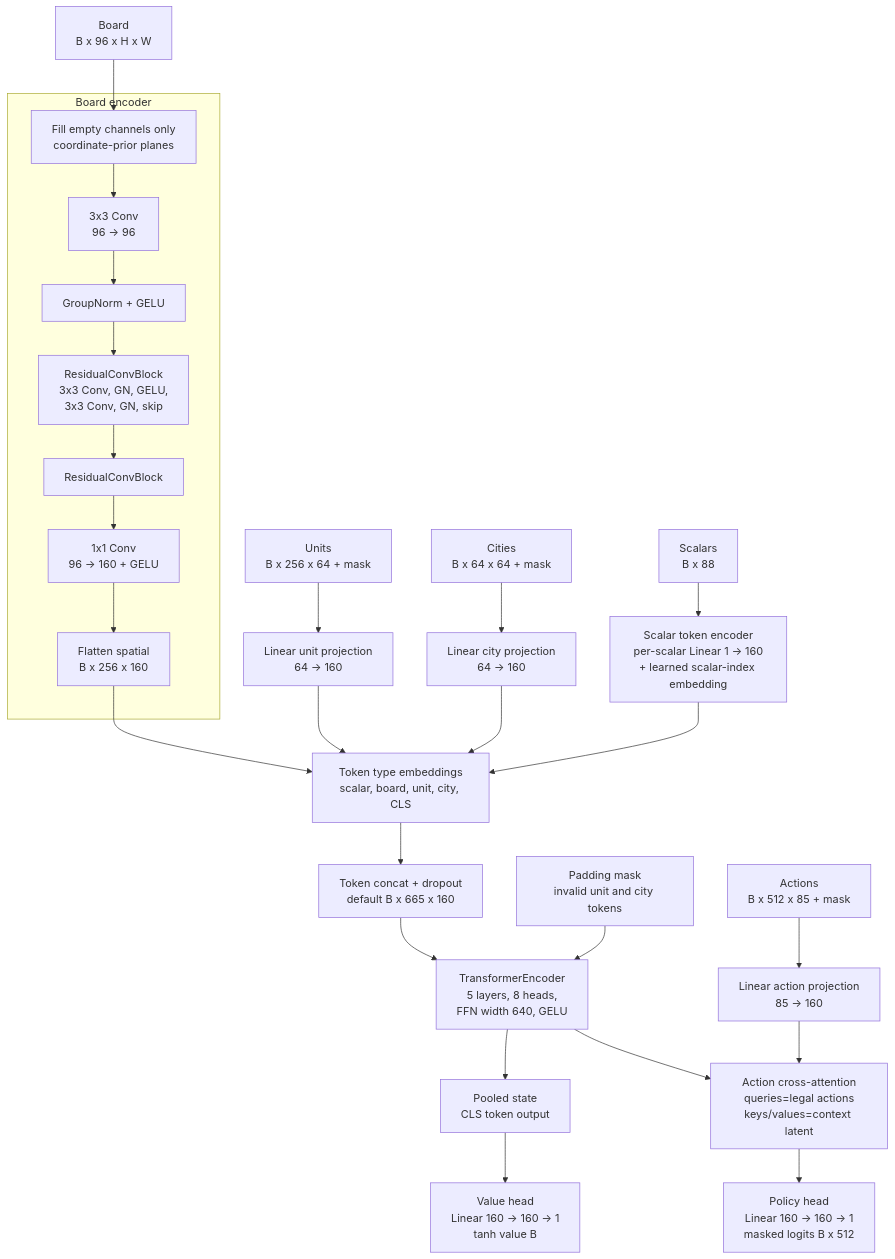
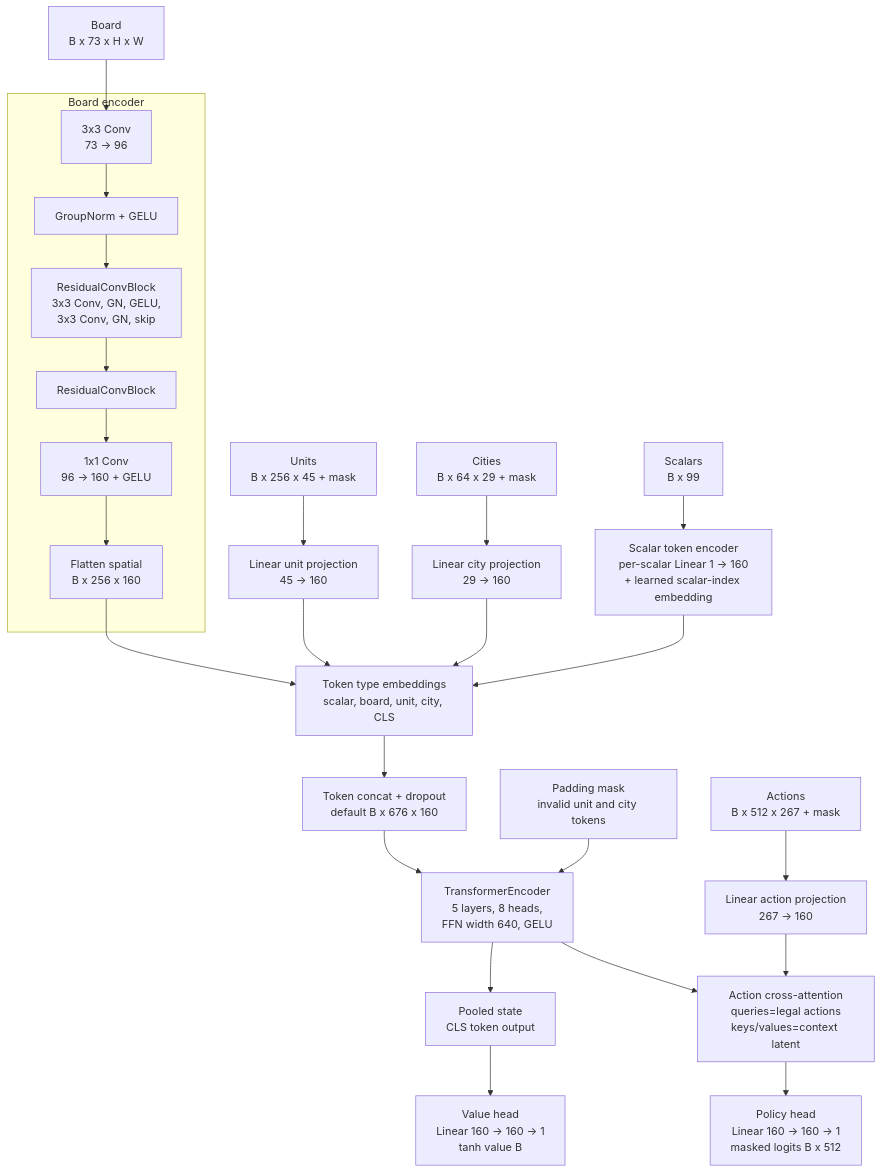
Before and after one commit to aHighHooman/MCTS-Topia: the third of 5 diagrams in docs/hybrid-rl-model-architecture.md, drawn with Mermaid. The commit also changed other lines of this file and 9 other files, not shown here.

````diff
--- a/docs/hybrid-rl-model-architecture.md
+++ b/docs/hybrid-rl-model-architecture.md
@@ -143,51 +146,50 @@
 ```mermaid
 flowchart TB
-    BoardIn["Board<br/>B x 96 x H x W"]
-    UnitIn["Units<br/>B x 256 x 64 + mask"]
-    CityIn["Cities<br/>B x 64 x 64 + mask"]
-    ActionIn["Actions<br/>B x 512 x 85 + mask"]
-    ScalarIn["Scalars<br/>B x 88"]
+    BoardIn["Board<br/>B x 73 x H x W"]
+    UnitIn["Units<br/>B x 256 x 45 + mask"]
+    CityIn["Cities<br/>B x 64 x 29 + mask"]
+    ActionIn["Actions<br/>B x 512 x 267 + mask"]
+    ScalarIn["Scalars<br/>B x 99"]
 
     subgraph BoardEncoder["Board encoder"]
-        Priors["Fill empty channels only<br/>coordinate-prior planes"]
-        Conv0["3x3 Conv<br/>96 -> 96"]
+        Conv0["3x3 Conv<br/>73 -> 96"]
         GN0["GroupNorm + GELU"]
         Res1["ResidualConvBlock<br/>3x3 Conv, GN, GELU,<br/>3x3 Conv, GN, skip"]
         Res2["ResidualConvBlock"]
         Conv1["1x1 Conv<br/>96 -> 160 + GELU"]
         Flatten["Flatten spatial<br/>B x 256 x 160"]
     end
 
-    UnitProj["Linear unit projection<br/>64 -> 160"]
-    CityProj["Linear city projection<br/>64 -> 160"]
+    UnitProj["Linear unit projection<br/>45 -> 160"]
+    CityProj["Linear city projection<br/>29 -> 160"]
     ScalarProj["Scalar token encoder<br/>per-scalar Linear 1 -> 160<br/>+ learned scalar-index embedding"]
-    ActProj["Linear action projection<br/>85 -> 160"]
+    ActProj["Linear action projection<br/>267 -> 160"]
 
     TypeEmb["Token type embeddings<br/>scalar, board, unit, city, CLS"]
-    Cat["Token concat + dropout<br/>default B x 665 x 160"]
+    Cat["Token concat + dropout<br/>default B x 676 x 160"]
     Mask["Padding mask<br/>invalid unit and city tokens"]
     Core["TransformerEncoder<br/>5 layers, 8 heads,<br/>FFN width 640, GELU"]
     Pooled["Pooled state<br/>CLS token output"]
     ActionAttn["Action cross-attention<br/>queries=legal actions<br/>keys/values=context latent"]
     Policy["Policy head<br/>Linear 160 -> 160 -> 1<br/>masked logits B x 512"]
     Value["Value head<br/>Linear 160 -> 160 -> 1<br/>tanh value B"]
 
-    BoardIn --> Priors --> Conv0 --> GN0 --> Res1 --> Res2 --> Conv1 --> Flatten
+    BoardIn --> Conv0 --> GN0 --> Res1 --> Res2 --> Conv1 --> Flatten
     UnitIn --> UnitProj
     CityIn --> CityProj
     ScalarIn --> ScalarProj
     ActionIn --> ActProj
 
     Flatten --> TypeEmb
     UnitProj --> TypeEmb
     CityProj --> TypeEmb
     ScalarProj --> TypeEmb
     TypeEmb --> Cat
     Cat --> Core
     Mask --> Core
     Core --> Pooled
     Pooled --> Value
     Core --> ActionAttn
     ActProj --> ActionAttn
     ActionAttn --> Policy
 ```
````
